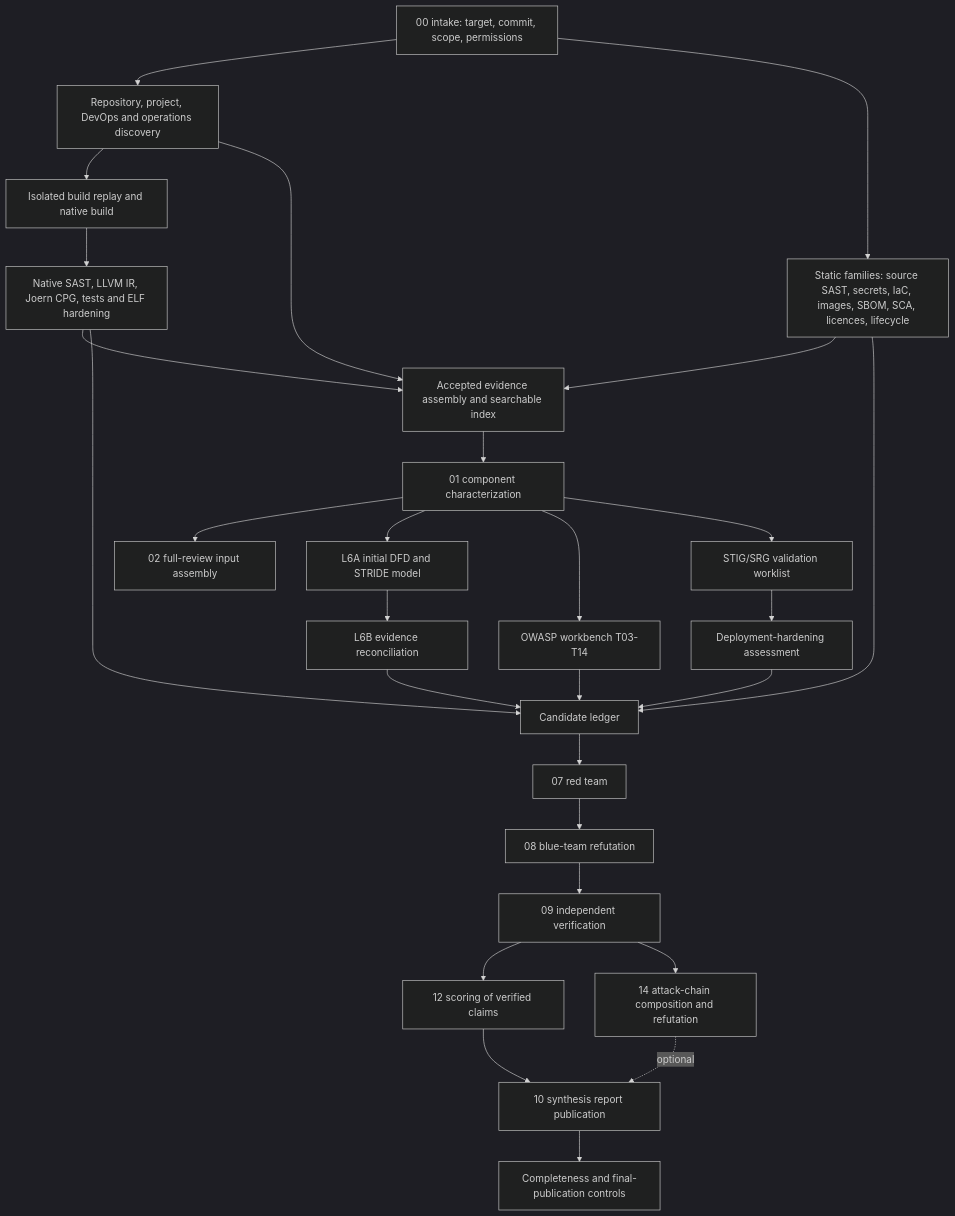
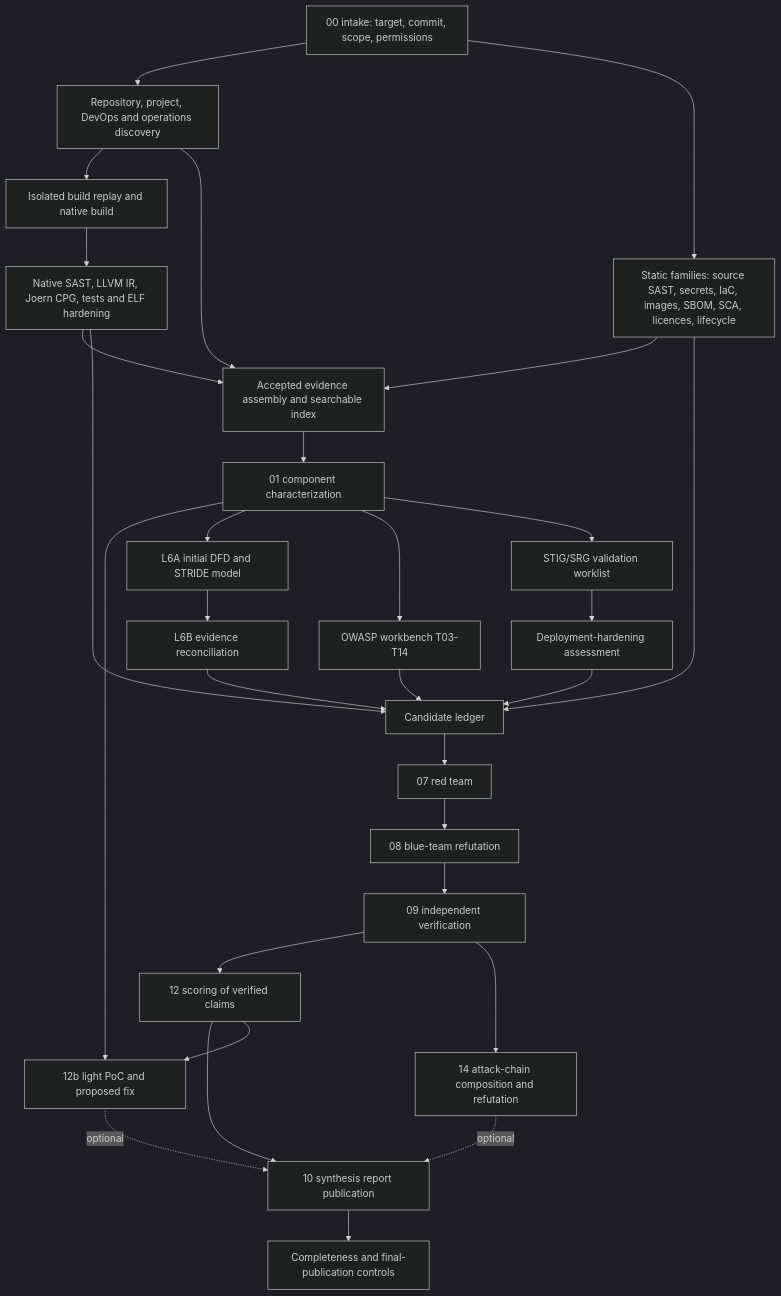
The diagram in docs/appsec-review-process-flow.md (wsollers/appsec-review), drawn with Mermaid (dark theme) before and after one commit. The commit also changed other lines of this file and 2 other files, not shown here.

First line of the commit message:
F6: docs and TODO section for lane 12b (light PoC and proposed fix)

````diff
--- a/docs/appsec-review-process-flow.md
+++ b/docs/appsec-review-process-flow.md
@@ -11,25 +11,27 @@
 ```mermaid
 flowchart TD
   I[00 intake: target, commit, scope, permissions] --> D[Repository, project, DevOps and operations discovery]
   I --> S[Static families: source SAST, secrets, IaC, images, SBOM, SCA, licences, lifecycle]
   D --> B[Isolated build replay and native build]
   B --> N[Native SAST, LLVM IR, Joern CPG, tests and ELF hardening]
   S & N & D --> E[Accepted evidence assembly and searchable index]
   E --> C[01 component characterization]
   C --> P[02 full-review input assembly]
   C --> T1[L6A initial DFD and STRIDE model]
   T1 --> T2[L6B evidence reconciliation]
   C --> O[OWASP workbench T03-T14]
   C --> G[STIG/SRG validation worklist]
   G --> H[Deployment-hardening assessment]
   T2 & O & H --> L[Candidate ledger]
   S & N --> L
   L --> R[07 red team]
   R --> U[08 blue-team refutation]
   U --> V[09 independent verification]
   V --> Q[12 scoring of verified claims]
   V --> K[14 attack-chain composition and refutation]
   Q --> X[10 synthesis report publication]
   K -.->|optional| X
+  Q --> P[12b light PoC and proposed fix]
+  P -.->|optional| X
   X --> A[Completeness and final-publication controls]
 ```
````
